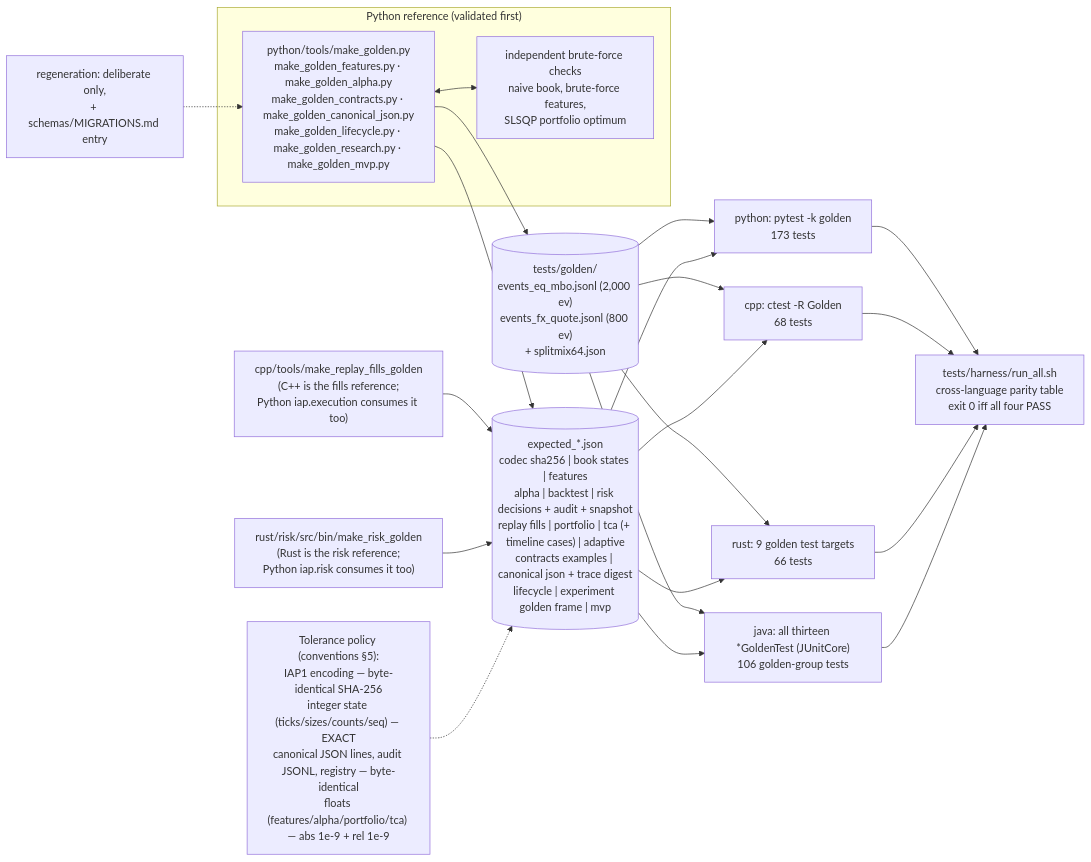
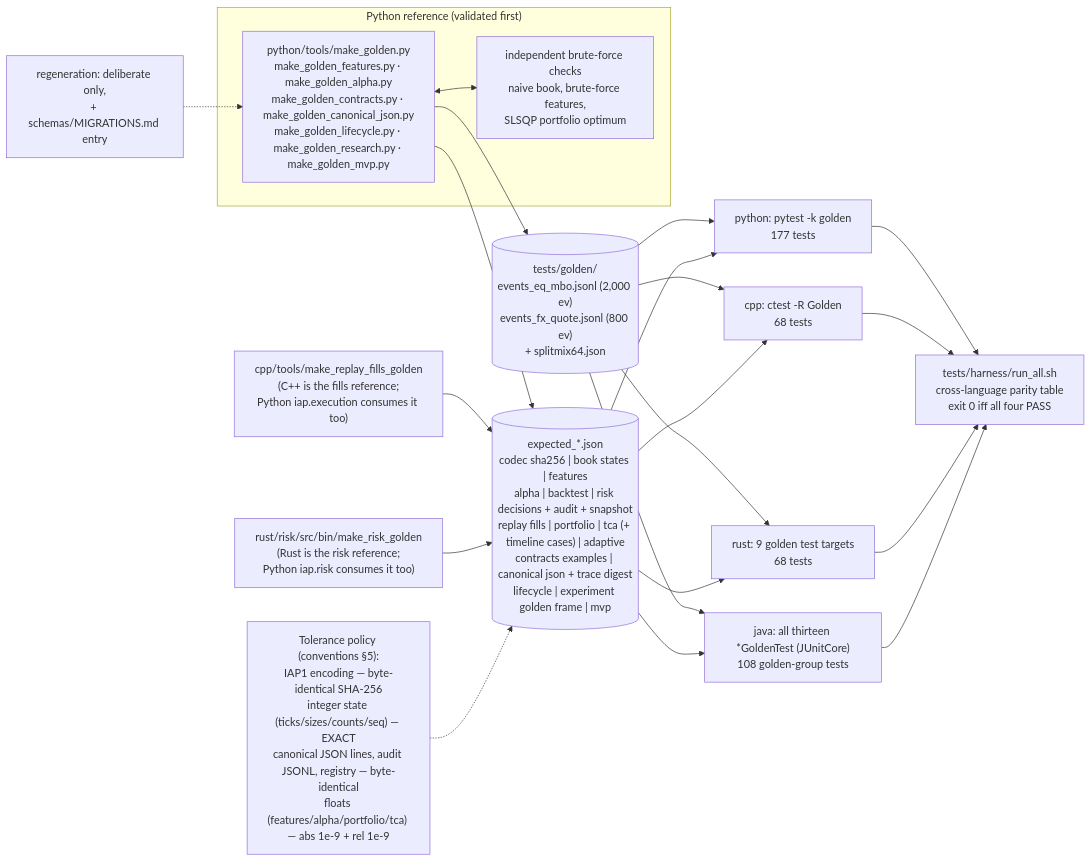
Before and after one commit to AshJha0/intraday-alpha-platform: the diagram in docs/diagrams/golden_topology.mmd, drawn with Mermaid. The commit also changed 33 other files, not shown here.

```diff
--- a/docs/diagrams/golden_topology.mmd
+++ b/docs/diagrams/golden_topology.mmd
@@ -1,24 +1,24 @@
 flowchart LR
     subgraph REF["Python reference (validated first)"]
         MG["python/tools/make_golden.py<br/>make_golden_features.py · make_golden_alpha.py<br/>make_golden_contracts.py · make_golden_canonical_json.py<br/>make_golden_lifecycle.py · make_golden_research.py · make_golden_mvp.py"]
         BF["independent brute-force checks<br/>naive book, brute-force features,<br/>SLSQP portfolio optimum"]
         MG <--> BF
     end
     MG --> GV[("tests/golden/<br/>events_eq_mbo.jsonl (2,000 ev)<br/>events_fx_quote.jsonl (800 ev)<br/>+ splitmix64.json")]
     MG --> EXP[("expected_*.json<br/>codec sha256 | book states | features<br/>alpha | backtest | risk decisions + audit + snapshot<br/>replay fills | portfolio | tca (+ timeline cases) | adaptive<br/>contracts examples | canonical json + trace digest<br/>lifecycle | experiment golden frame | mvp")]
     CPPTOOL["cpp/tools/make_replay_fills_golden<br/>(C++ is the fills reference;<br/>Python iap.execution consumes it too)"] --> EXP
     RSTOOL["rust/risk/src/bin/make_risk_golden<br/>(Rust is the risk reference;<br/>Python iap.risk consumes it too)"] --> EXP
-    GV --> PY["python: pytest -k golden<br/>173 tests"]
+    GV --> PY["python: pytest -k golden<br/>177 tests"]
     GV --> CPP["cpp: ctest -R Golden<br/>68 tests"]
-    GV --> RS["rust: 9 golden test targets<br/>66 tests"]
-    GV --> JV["java: all thirteen *GoldenTest (JUnitCore)<br/>106 golden-group tests"]
+    GV --> RS["rust: 9 golden test targets<br/>68 tests"]
+    GV --> JV["java: all thirteen *GoldenTest (JUnitCore)<br/>108 golden-group tests"]
     EXP --> PY
     EXP --> CPP
     EXP --> RS
     EXP --> JV
     PY --> TAB["tests/harness/run_all.sh<br/>cross-language parity table<br/>exit 0 iff all four PASS"]
     CPP --> TAB
     RS --> TAB
     JV --> TAB
     TOL["Tolerance policy (conventions §5):<br/>IAP1 encoding — byte-identical SHA-256<br/>integer state (ticks/sizes/counts/seq) — EXACT<br/>canonical JSON lines, audit JSONL, registry — byte-identical<br/>floats (features/alpha/portfolio/tca) — abs 1e-9 + rel 1e-9"] -.-> EXP
     MIG["regeneration: deliberate only,<br/>+ schemas/MIGRATIONS.md entry"] -.-> MG
```
